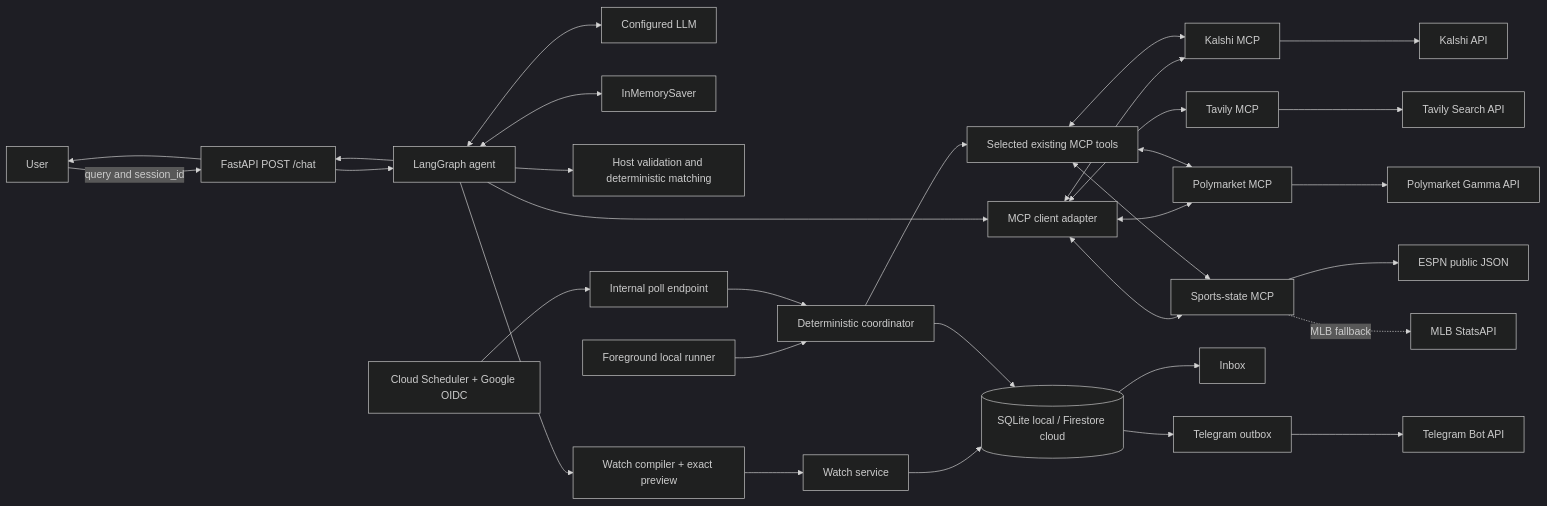
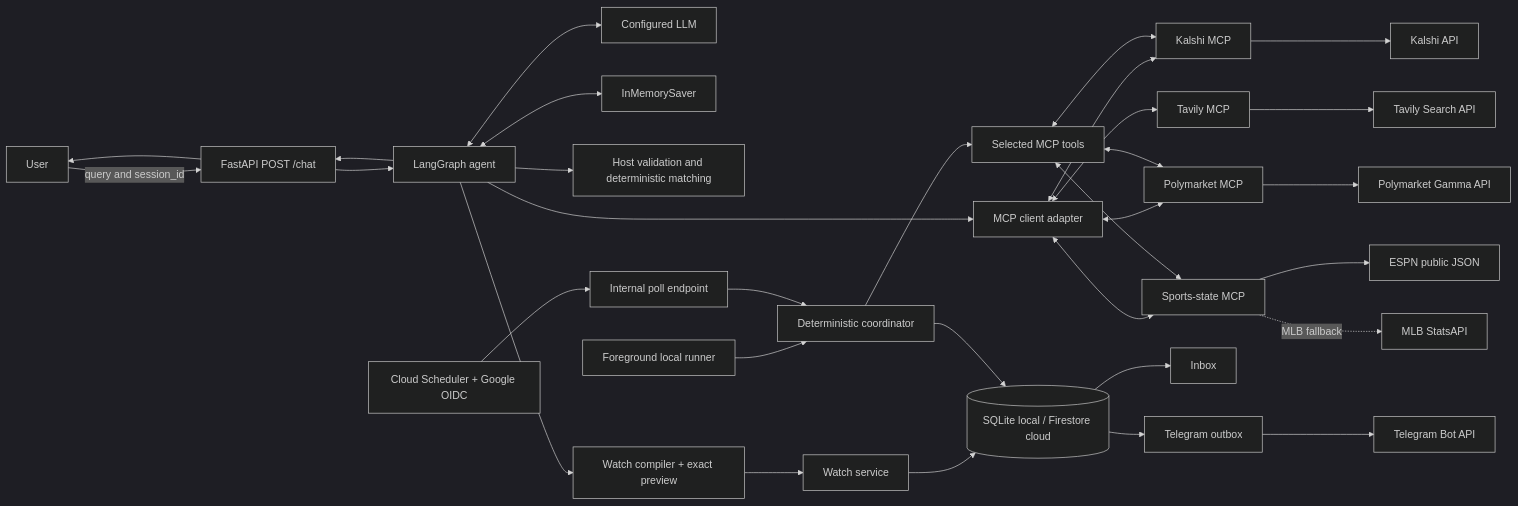
The first of 3 diagrams in README.md (waderylan/prediction-market-agent), drawn with Mermaid (dark theme) before and after one commit. The commit also changed other lines of this file and 5 other files, not shown here.

````diff
--- a/README.md
+++ b/README.md
@@ -289,34 +289,34 @@
 ```mermaid
 flowchart LR
     U[User] -->|query and session_id| F[FastAPI POST /chat]
     F --> G[LangGraph agent]
     G <--> L[Configured LLM]
     G <--> M[InMemorySaver]
     G --> V[Host validation and deterministic matching]
     G --> WC[Watch compiler + exact preview]
     G --> A[MCP client adapter]
     A <--> K[Kalshi MCP]
     A <--> P[Polymarket MCP]
     A <--> S[Sports-state MCP]
     A <--> T[Tavily MCP]
     K --> KA[Kalshi API]
     P --> PA[Polymarket Gamma API]
     S --> ESPN[ESPN public JSON]
     S -. MLB fallback .-> MLB[MLB StatsAPI]
     T --> TA[Tavily Search API]
     WC --> WR[Watch service]
     WR --> DB[(SQLite local / Firestore cloud)]
     CS[Cloud Scheduler + Google OIDC] --> PE[Internal poll endpoint]
     LR[Foreground local runner] --> CO[Deterministic coordinator]
     PE --> CO
-    CO --> SA[Selected existing MCP tools]
+    CO --> SA[Selected MCP tools]
     SA <--> K
     SA <--> P
     SA <--> S
     CO --> DB
     DB --> IN[Inbox]
     DB --> OB[Telegram outbox]
     OB --> TG[Telegram Bot API]
     G --> F
     F --> U
 ```
````
